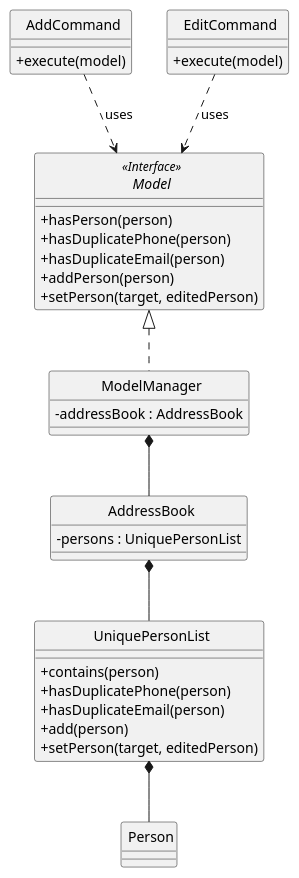
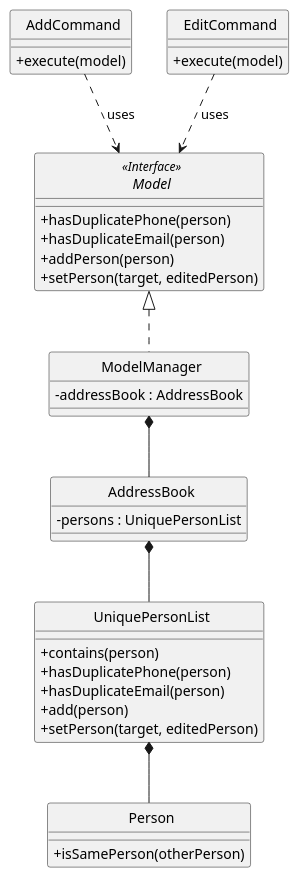
One commit to victoria-chew/tp changed the diagram in docs/diagrams/UniquenessConstraintClassDiagram.puml. Above: the diagram before and after it, drawn with PlantUML. The commit also changed 2 other files, not shown here.

Commit message:
Update DG and UML diagrams for uniqueness constraints

```diff
--- a/docs/diagrams/UniquenessConstraintClassDiagram.puml
+++ b/docs/diagrams/UniquenessConstraintClassDiagram.puml
@@ -1,42 +1,43 @@
 @startuml
 skinparam classAttributeIconSize 0
 skinparam monochrome true
 skinparam shadowing false
 skinparam CircledCharacterRadius 0
 skinparam CircledCharacterFontSize 0
 
 class AddCommand {
   +execute(model)
 }
 class EditCommand {
   +execute(model)
 }
 interface Model <<Interface>> {
-  +hasPerson(person)
   +hasDuplicatePhone(person)
   +hasDuplicateEmail(person)
   +addPerson(person)
   +setPerson(target, editedPerson)
 }
 class ModelManager {
   -addressBook : AddressBook
 }
 class AddressBook {
   -persons : UniquePersonList
 }
 class UniquePersonList {
   +contains(person)
   +hasDuplicatePhone(person)
   +hasDuplicateEmail(person)
   +add(person)
   +setPerson(target, editedPerson)
 }
-class Person
+class Person {
+  +isSamePerson(otherPerson)
+}
 
 AddCommand ..> Model : uses
 EditCommand ..> Model : uses
 Model <|.. ModelManager
 ModelManager *-- AddressBook
 AddressBook *-- UniquePersonList
 UniquePersonList *-- Person
 @enduml
```
